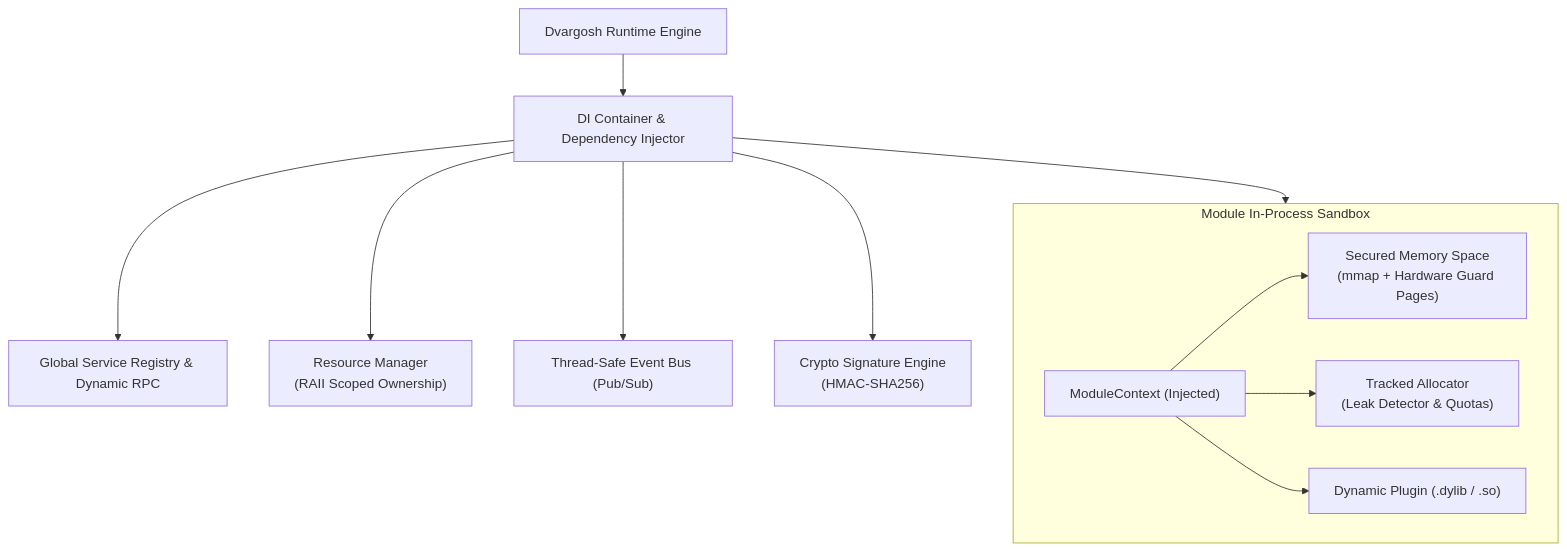
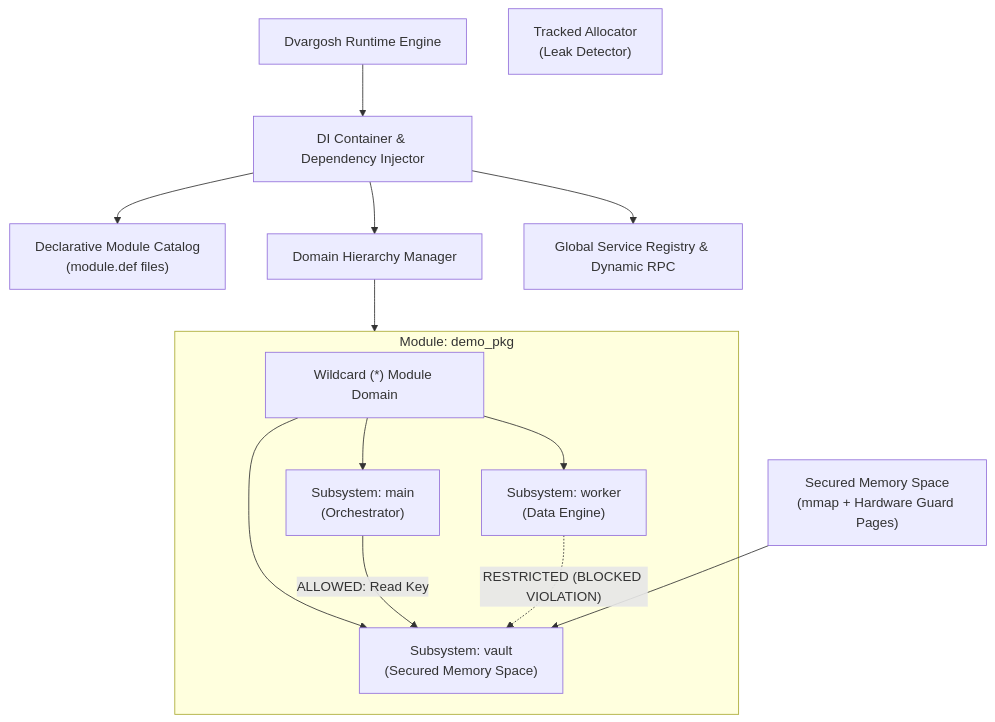
Before and after one commit to DevKiDCosmo/Dvargosh: the diagram in README.md, drawn with Mermaid. The commit also changed other lines of this file and 38 other files, not shown here.

````diff
--- a/README.md
+++ b/README.md
@@ -9,29 +14,32 @@
 ```mermaid
-flowchart TD
+graph TD
     Host["Dvargosh Runtime Engine"]
     DI["DI Container & Dependency Injector"]
+    Catalog["Declarative Module Catalog\n(module.def files)"]
+    DM["Domain Hierarchy Manager"]
+    Reg["Global Service Registry & Dynamic RPC"]
     SecMem["Secured Memory Space\n(mmap + Hardware Guard Pages)"]
-    TrackAlloc["Tracked Allocator\n(Leak Detector & Quotas)"]
-    Reg["Global Service Registry & Dynamic RPC"]
-    ResMgr["Resource Manager\n(RAII Scoped Ownership)"]
-    Bus["Thread-Safe Event Bus (Pub/Sub)"]
-    Sig["Crypto Signature Engine\n(HMAC-SHA256)"]
+    TrackAlloc["Tracked Allocator\n(Leak Detector)"]
 
     Host --> DI
+    DI --> Catalog
+    DI --> DM
     DI --> Reg
-    DI --> ResMgr
-    DI --> Bus
-    DI --> Sig
 
-    subgraph ModuleContainer ["Module In-Process Sandbox"]
-        Ctx["ModuleContext (Injected)"]
-        SecMem
-        TrackAlloc
-        Mod["Dynamic Plugin (.dylib / .so)"]
-        Ctx --> SecMem
-        Ctx --> TrackAlloc
-        Ctx --> Mod
+    subgraph ModulePkg ["Module: demo_pkg"]
+        RootDom["Wildcard (*) Module Domain"]
+        MainSub["Subsystem: main\n(Orchestrator)"]
+        VaultSub["Subsystem: vault\n(Secured Memory Space)"]
+        WorkerSub["Subsystem: worker\n(Data Engine)"]
+        
+        RootDom --> MainSub
+        RootDom --> VaultSub
+        RootDom --> WorkerSub
+        
+        MainSub -- "ALLOWED: Read Key" --> VaultSub
+        WorkerSub -. "RESTRICTED (BLOCKED VIOLATION)" .-> VaultSub
     end
 
-    DI --> ModuleContainer
+    DM --> ModulePkg
+    SecMem --> VaultSub
 ```
````
